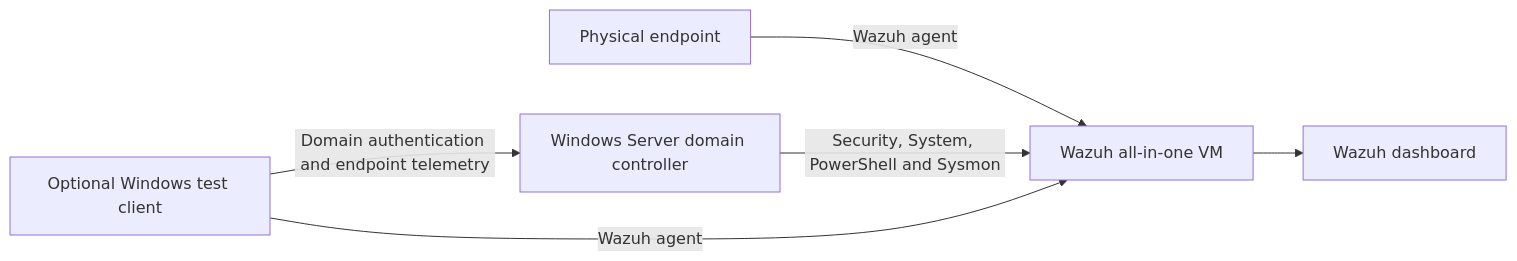
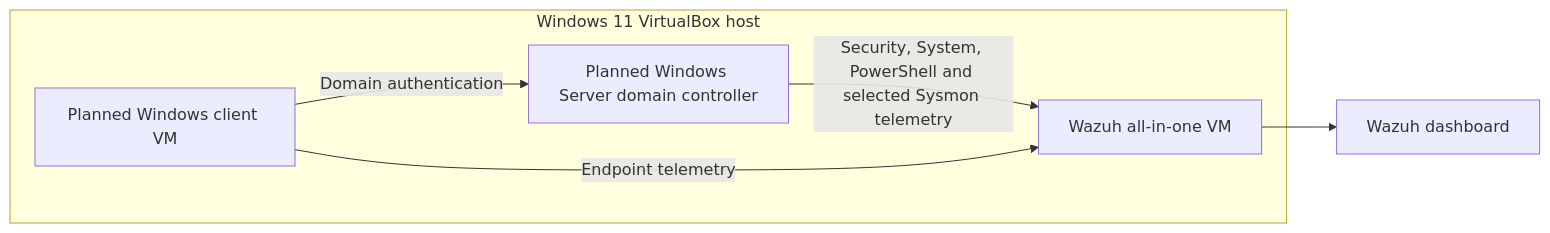
The diagram in README.md (Abdullahchoglay/active-directory-detection-lab), drawn with Mermaid before and after one commit. The commit also changed other lines of this file and 6 other files, not shown here.

````diff
--- a/README.md
+++ b/README.md
@@ -13,8 +13,12 @@
 ```mermaid
 flowchart LR
-    H[Physical endpoint] -->|Wazuh agent| W[Wazuh all-in-one VM]
-    DC[Windows Server domain controller] -->|Security, System, PowerShell and Sysmon| W
-    C[Optional Windows test client] -->|Domain authentication and endpoint telemetry| DC
-    C -->|Wazuh agent| W
+    subgraph Host[Windows 11 VirtualBox host]
+        W[Wazuh all-in-one VM]
+        DC[Planned Windows Server domain controller]
+        C[Planned Windows client VM]
+    end
+    C -->|Domain authentication| DC
+    DC -->|Security, System, PowerShell and selected Sysmon telemetry| W
+    C -->|Endpoint telemetry| W
     W --> D[Wazuh dashboard]
 ```
````
